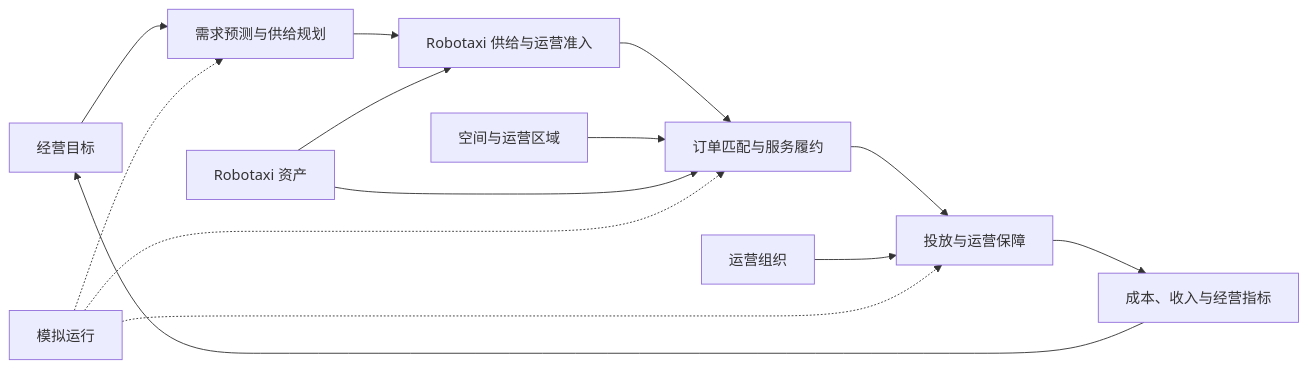
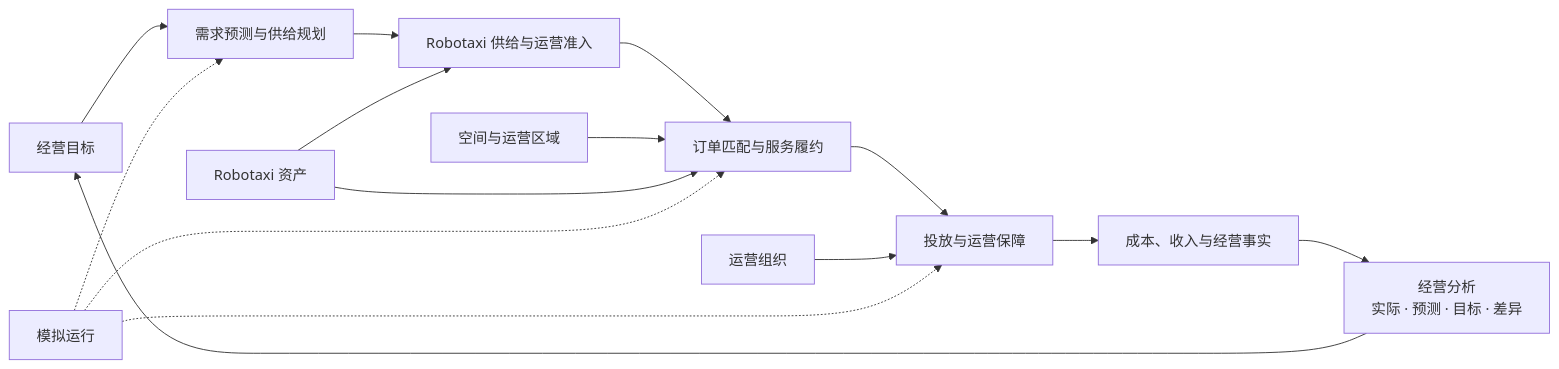
The tenth of 11 diagrams in README.md (Chizheng4/robotaxi), drawn with Mermaid before and after one commit. The commit also changed other lines of this file and 22 other files, not shown here.

````diff
--- a/README.md
+++ b/README.md
@@ -226,16 +226,17 @@
 ```mermaid
 flowchart LR
   A["经营目标"] --> B["需求预测与供给规划"]
   B --> C["Robotaxi 供给与运营准入"]
   C --> D["订单匹配与服务履约"]
   D --> E["投放与运营保障"]
-  E --> F["成本、收入与经营指标"]
-  F --> A
-  G["空间与运营区域"] --> D
-  H["Robotaxi 资产"] --> C
-  H --> D
-  I["运营组织"] --> E
-  J["模拟运行"] -.-> B
-  J -.-> D
-  J -.-> E
+  E --> F["成本、收入与经营事实"]
+  F --> G["经营分析<br/>实际 · 预测 · 目标 · 差异"]
+  G --> A
+  H["空间与运营区域"] --> D
+  I["Robotaxi 资产"] --> C
+  I --> D
+  J["运营组织"] --> E
+  K["模拟运行"] -.-> B
+  K -.-> D
+  K -.-> E
 ```
````
